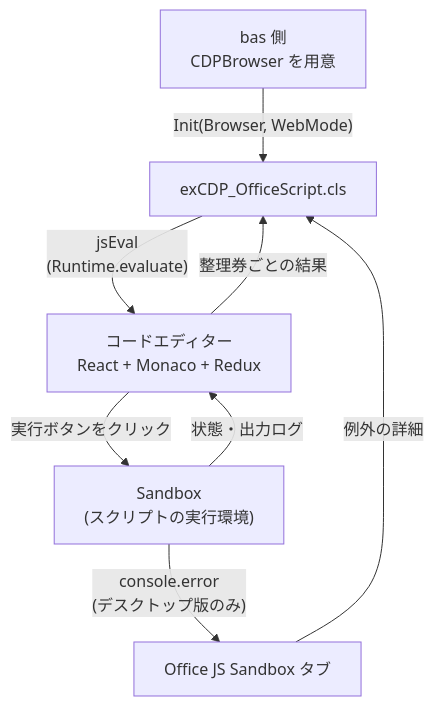
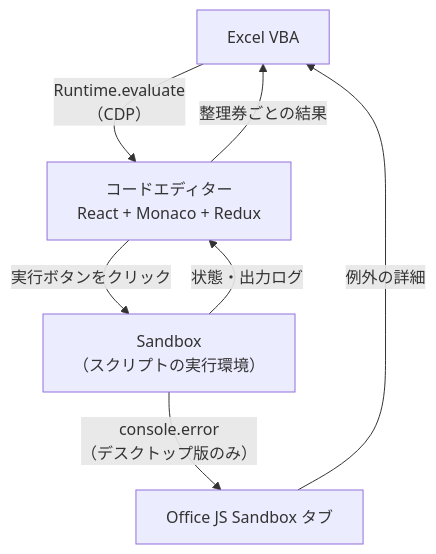
The first of 2 diagrams in docs/breakthrough/office-scripts.md (Eschamali/StarterWebScrapingKit), drawn with Mermaid before and after one commit. The commit also changed other lines of this file, not shown here.

````diff
--- a/docs/breakthrough/office-scripts.md
+++ b/docs/breakthrough/office-scripts.md
@@ -179,10 +51,9 @@
 ```mermaid
 flowchart TD
-    A["bas 側<br/>CDPBrowser を用意"] -->|"Init(Browser, WebMode)"| B["exCDP_OfficeScript.cls"]
-    B -->|"jsEval<br/>(Runtime.evaluate)"| C["コードエディター<br/>React + Monaco + Redux"]
-    C -->|"実行ボタンをクリック"| D["Sandbox<br/>(スクリプトの実行環境)"]
-    D -->|"状態・出力ログ"| C
-    D -->|"console.error<br/>(デスクトップ版のみ)"| E["Office JS Sandbox タブ"]
-    C -->|"整理券ごとの結果"| B
-    E -->|"例外の詳細"| B
+    A["Excel VBA"] -->|"Runtime.evaluate<br/>（CDP）"| B["コードエディター<br/>React + Monaco + Redux"]
+    B -->|"実行ボタンをクリック"| C["Sandbox<br/>（スクリプトの実行環境）"]
+    C -->|"状態・出力ログ"| B
+    C -->|"console.error<br/>（デスクトップ版のみ）"| D["Office JS Sandbox タブ"]
+    B -->|"整理券ごとの結果"| A
+    D -->|"例外の詳細"| A
 ```
````
